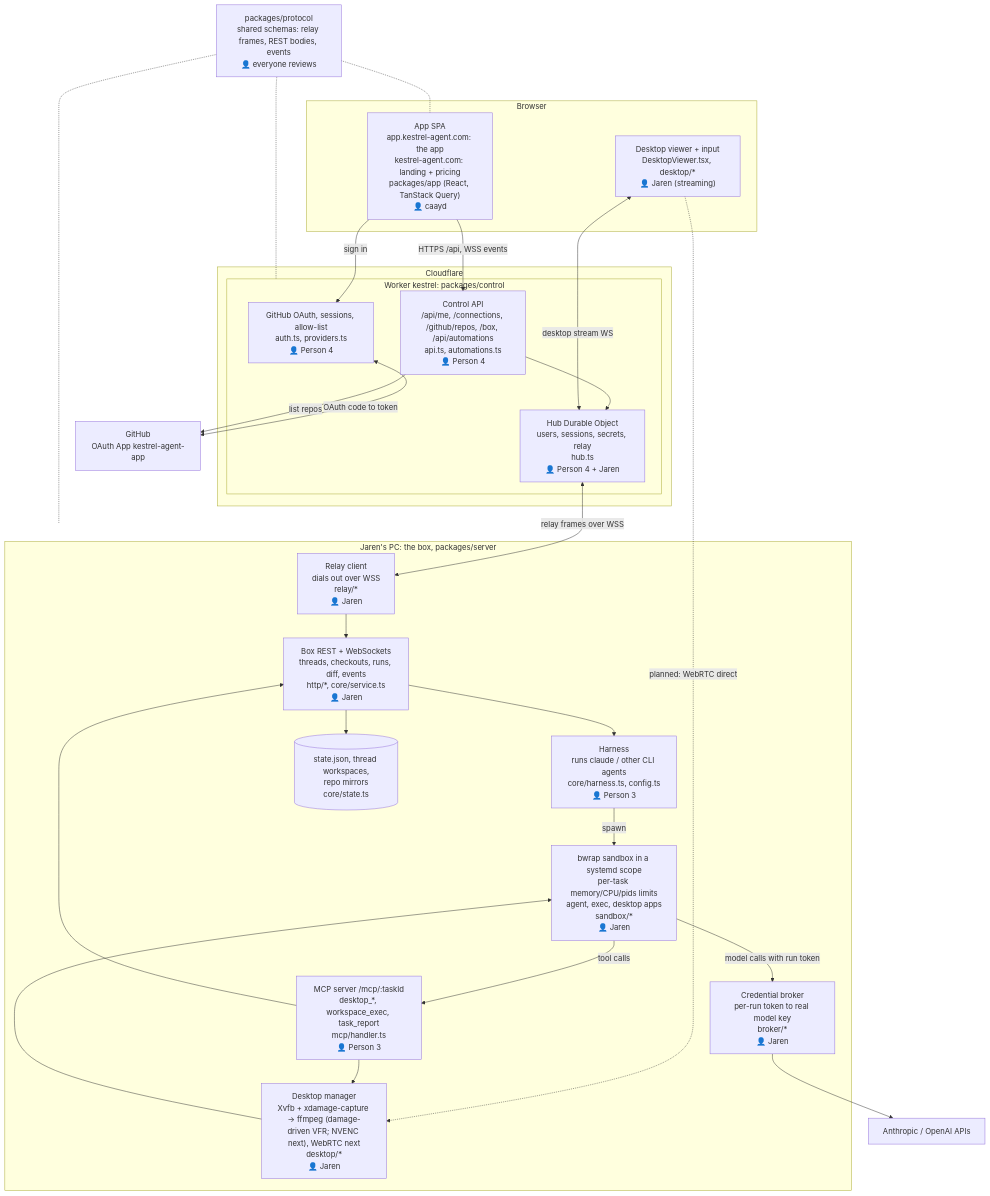
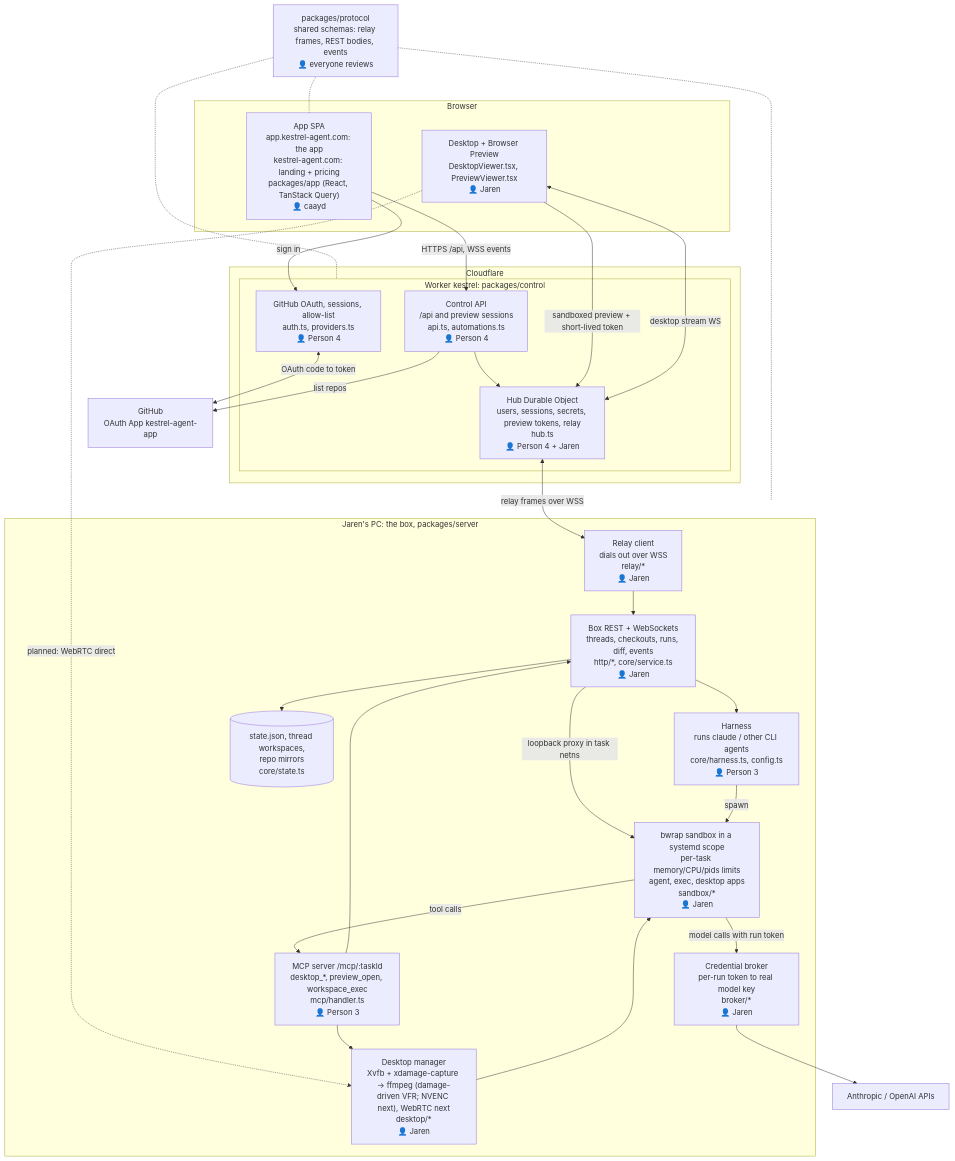
Before and after one commit to jarenm1/kestrel: the diagram in docs/architecture.md, drawn with Mermaid. The commit also changed other lines of this file and 17 other files, not shown here.

Commit message:
Add agent-managed web browser preview and element selection

````diff
--- a/docs/architecture.md
+++ b/docs/architecture.md
@@ -3,54 +3,56 @@
 ```mermaid
 flowchart TB
   subgraph Browser["Browser"]
     APP["App SPA<br/>app.kestrel-agent.com: the app<br/>kestrel-agent.com: landing + pricing<br/>packages/app (React, TanStack Query)<br/>👤 caayd"]
-    VIEW["Desktop viewer + input<br/>DesktopViewer.tsx, desktop/*<br/>👤 Jaren (streaming)"]
+    VIEW["Desktop + Browser Preview<br/>DesktopViewer.tsx, PreviewViewer.tsx<br/>👤 Jaren"]
   end
 
   subgraph CF["Cloudflare"]
     subgraph CTRL["Worker kestrel: packages/control"]
       AUTH["GitHub OAuth, sessions, allow-list<br/>auth.ts, providers.ts<br/>👤 Person 4"]
-      API["Control API<br/>/api/me, /connections, /github/repos, /box, /api/automations<br/>api.ts, automations.ts<br/>👤 Person 4"]
-      HUB["Hub Durable Object<br/>users, sessions, secrets, relay<br/>hub.ts<br/>👤 Person 4 + Jaren"]
+      API["Control API<br/>/api and preview sessions<br/>api.ts, automations.ts<br/>👤 Person 4"]
+      HUB["Hub Durable Object<br/>users, sessions, secrets, preview tokens, relay<br/>hub.ts<br/>👤 Person 4 + Jaren"]
     end
   end
 
   GH["GitHub<br/>OAuth App kestrel-agent-app"]
 
   subgraph PC["Jaren's PC: the box, packages/server"]
     RELAY["Relay client<br/>dials out over WSS<br/>relay/*<br/>👤 Jaren"]
     REST["Box REST + WebSockets<br/>threads, checkouts, runs, diff, events<br/>http/*, core/service.ts<br/>👤 Jaren"]
     HARN["Harness<br/>runs claude / other CLI agents<br/>core/harness.ts, config.ts<br/>👤 Person 3"]
-    MCP["MCP server /mcp/:taskId<br/>desktop_*, workspace_exec, task_report<br/>mcp/handler.ts<br/>👤 Person 3"]
+    MCP["MCP server /mcp/:taskId<br/>desktop_*, preview_open, workspace_exec<br/>mcp/handler.ts<br/>👤 Person 3"]
     BROKER["Credential broker<br/>per-run token to real model key<br/>broker/*<br/>👤 Jaren"]
     SB["bwrap sandbox in a systemd scope<br/>per-task memory/CPU/pids limits<br/>agent, exec, desktop apps<br/>sandbox/*<br/>👤 Jaren"]
     DESK["Desktop manager<br/>Xvfb + xdamage-capture → ffmpeg (damage-driven VFR; NVENC next), WebRTC next<br/>desktop/*<br/>👤 Jaren"]
     STATE[("state.json, thread workspaces,<br/>repo mirrors<br/>core/state.ts")]
   end
 
   LLM["Anthropic / OpenAI APIs"]
 
   APP -->|HTTPS /api, WSS events| API
   APP -->|sign in| AUTH
   AUTH <-->|OAuth code to token| GH
   API -->|list repos| GH
   API --> HUB
   HUB <-->|relay frames over WSS| RELAY
+  VIEW -->|sandboxed preview + short-lived token| HUB
   VIEW <-->|desktop stream WS| HUB
   VIEW -.->|planned: WebRTC direct| DESK
   RELAY --> REST
+  REST -->|loopback proxy in task netns| SB
   REST --> HARN
   REST --> STATE
   HARN -->|spawn| SB
   SB -->|tool calls| MCP
   SB -->|model calls with run token| BROKER
   BROKER --> LLM
   MCP --> DESK
   MCP --> REST
   DESK --> SB
 
   PROTO["packages/protocol<br/>shared schemas: relay frames, REST bodies, events<br/>👤 everyone reviews"]
   PROTO -.- APP
   PROTO -.- CTRL
   PROTO -.- PC
 ```
````
